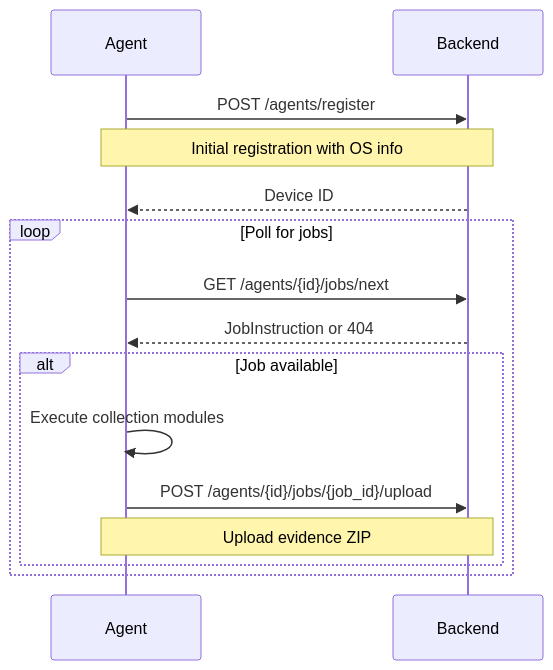
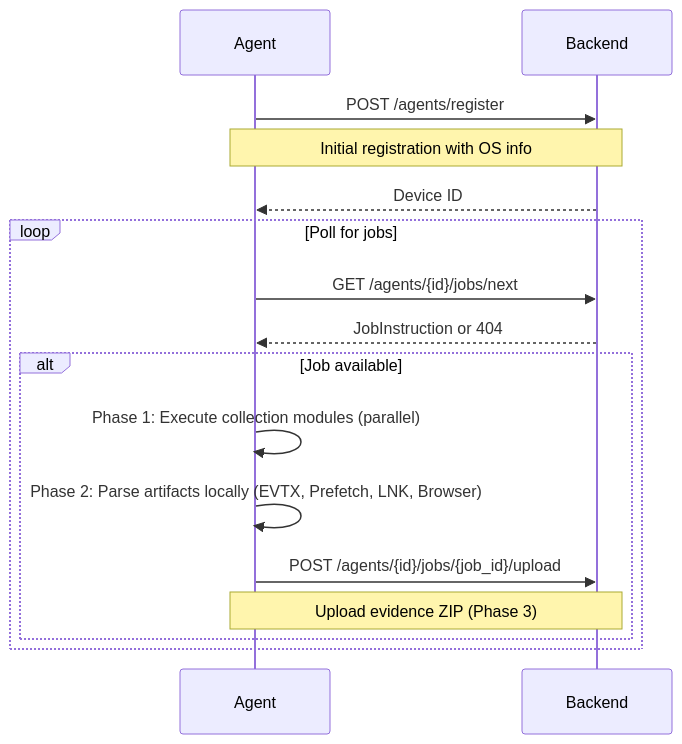
Before and after one commit to angganovryanputra/dfir-collection-kit: the third of 3 diagrams in docs/ARCHITECTURE.md, drawn with Mermaid. The commit also changed other lines of this file and 11 other files, not shown here.

Commit message:
feat: implement one-command setup, agent local parsing, and streamlined evidence processing workflow

````diff
--- a/docs/ARCHITECTURE.md
+++ b/docs/ARCHITECTURE.md
@@ -283,19 +286,20 @@
 ```mermaid
 sequenceDiagram
     participant Agent
     participant Backend
 
     Agent->>Backend: POST /agents/register
     Note over Agent,Backend: Initial registration with OS info
     Backend-->>Agent: Device ID
 
     loop Poll for jobs
         Agent->>Backend: GET /agents/{id}/jobs/next
         Backend-->>Agent: JobInstruction or 404
         alt Job available
-            Agent->>Agent: Execute collection modules
+            Agent->>Agent: Phase 1: Execute collection modules (parallel)
+            Agent->>Agent: Phase 2: Parse artifacts locally (EVTX, Prefetch, LNK, Browser)
             Agent->>Backend: POST /agents/{id}/jobs/{job_id}/upload
-            Note over Agent,Backend: Upload evidence ZIP
+            Note over Agent,Backend: Upload evidence ZIP (Phase 3)
         end
     end
 ```
````
